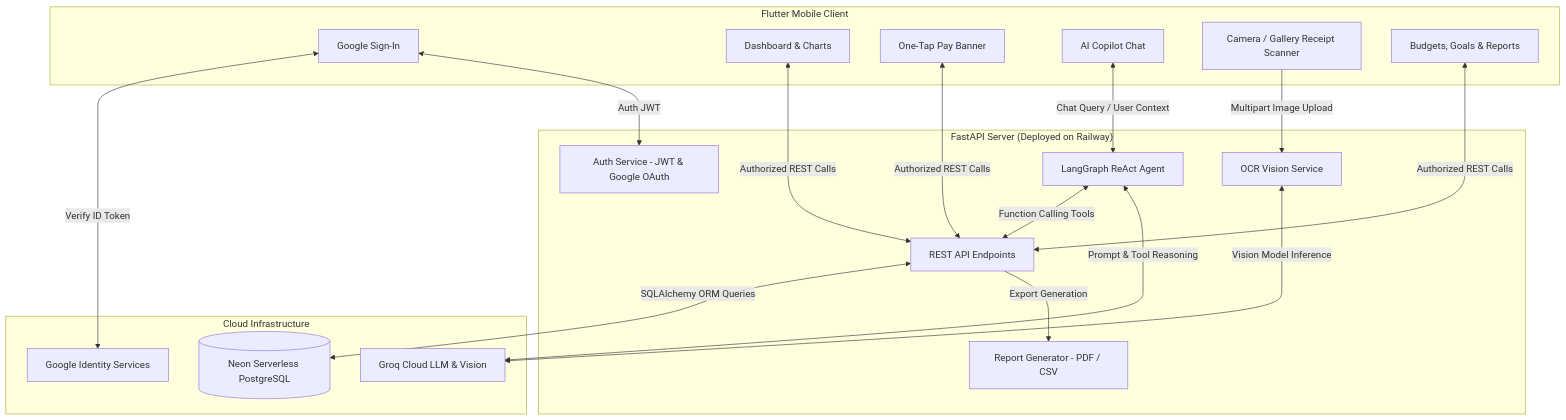
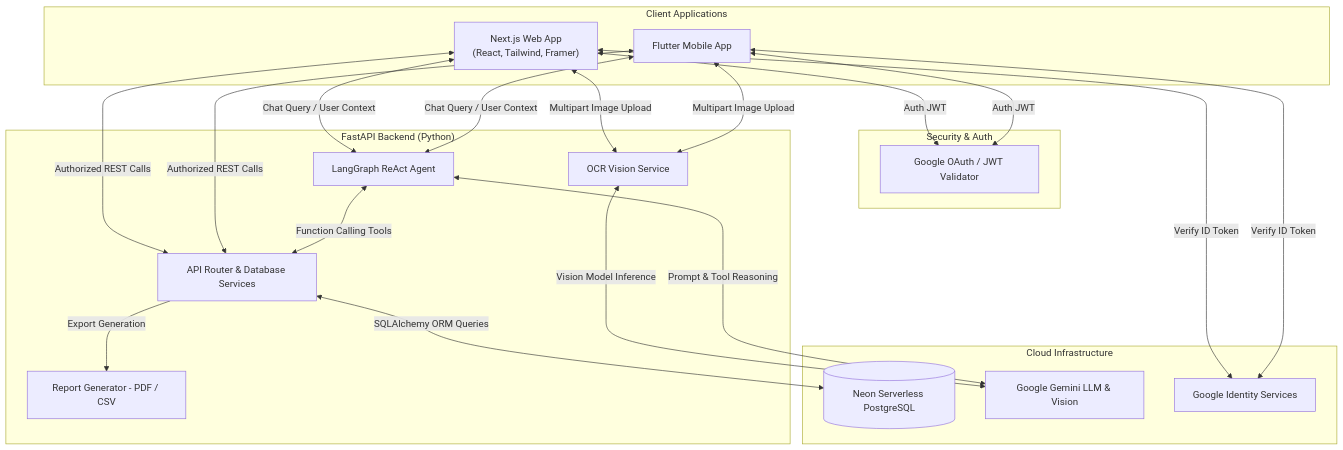
The diagram in README.md (anshmangla/personal-finance-copilot), drawn with Mermaid before and after one commit. The commit also changed other lines of this file, not shown here.

Commit message:
docs: completely revamp README to document new NextJS app, FinTech UI, and Dark Mode

````diff
--- a/README.md
+++ b/README.md
@@ -84,36 +58,40 @@
 ```mermaid
-flowchart TD
-    subgraph Frontend["Flutter Mobile Client"]
-        A[Google Sign-In]
-        B[Dashboard & Charts]
-        C[One-Tap Pay Banner]
-        D[AI Copilot Chat]
-        E[Camera / Gallery Receipt Scanner]
-        F[Budgets, Goals & Reports]
+graph TD
+    %% Frontend Applications
+    subgraph Client["Client Applications"]
+        UI_Web["Next.js Web App\n(React, Tailwind, Framer)"]
+        UI_Mob["Flutter Mobile App"]
     end
 
-    subgraph Backend["FastAPI Server (Deployed on Railway)"]
-        G[Auth Service - JWT & Google OAuth]
-        H[REST API Endpoints]
+    %% Security
+    subgraph Auth["Security & Auth"]
+        G[Google OAuth / JWT Validator]
+    end
+
+    %% Backend Server
+    subgraph Backend["FastAPI Backend (Python)"]
+        H[API Router & Database Services]
         I[LangGraph ReAct Agent]
         J[OCR Vision Service]
         K[Report Generator - PDF / CSV]
     end
 
+    %% External & Cloud Infrastructure
     subgraph Cloud["Cloud Infrastructure"]
         L[(Neon Serverless PostgreSQL)]
-        M[Groq Cloud LLM & Vision]
+        M[Google Gemini LLM & Vision]
         N[Google Identity Services]
     end
 
-    A <-->|Verify ID Token| N
-    A <-->|Auth JWT| G
-    B & C & F <-->|Authorized REST Calls| H
-    D <-->|Chat Query / User Context| I
-    E -->|Multipart Image Upload| J
+    UI_Web & UI_Mob <-->|Verify ID Token| N
+    UI_Web & UI_Mob <-->|Auth JWT| G
+    UI_Web & UI_Mob <-->|Authorized REST Calls| H
+    UI_Web & UI_Mob <-->|Multipart Image Upload| J
+    UI_Web & UI_Mob <-->|Chat Query / User Context| I
+    
     J <-->|Vision Model Inference| M
     I <-->|Function Calling Tools| H
     I <-->|Prompt & Tool Reasoning| M
     H <-->|SQLAlchemy ORM Queries| L
     H -->|Export Generation| K
 ```
````
